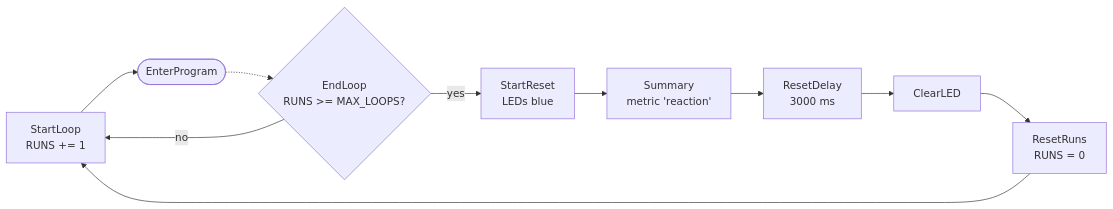
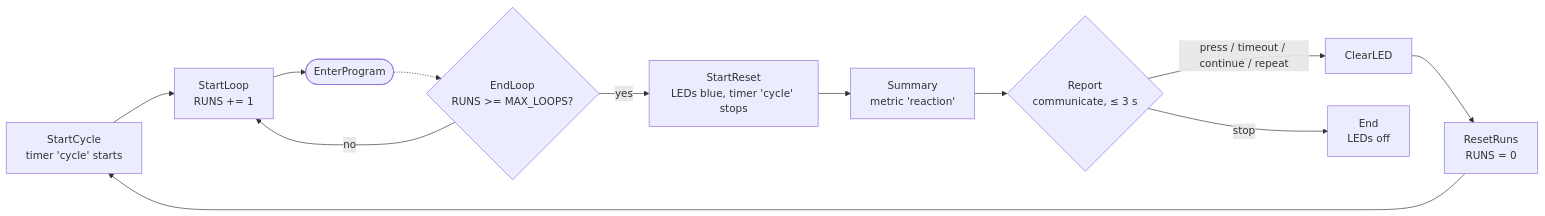
The first of 5 diagrams in docs/user/game-modes.md (RunningJoke/reactionButton), drawn with Mermaid before and after one commit. The commit also changed other lines of this file and 44 other files, not shown here.

````diff
--- a/docs/user/game-modes.md
+++ b/docs/user/game-modes.md
@@ -64,7 +74,9 @@
 ```mermaid
 flowchart LR
-    SL["StartLoop<br/>RUNS += 1"] --> EP([EnterProgram])
+    SC["StartCycle<br/>timer 'cycle' starts"] --> SL["StartLoop<br/>RUNS += 1"] --> EP([EnterProgram])
     EP -.-> EL{"EndLoop<br/>RUNS >= MAX_LOOPS?"}
     EL -- no --> SL
-    EL -- yes --> SR["StartReset<br/>LEDs blue"] --> SU["Summary<br/>metric 'reaction'"] --> RD["ResetDelay<br/>3000 ms"] --> CL["ClearLED"] --> RV["ResetRuns<br/>RUNS = 0"] --> SL
+    EL -- yes --> SR["StartReset<br/>LEDs blue, timer 'cycle' stops"] --> SU["Summary<br/>metric 'reaction'"] --> RP{"Report<br/>communicate, ≤ 3 s"}
+    RP -- "press / timeout / continue / repeat" --> CL["ClearLED"] --> RV["ResetRuns<br/>RUNS = 0"] --> SC
+    RP -- stop --> EN["End<br/>LEDs off"]
 ```
````
